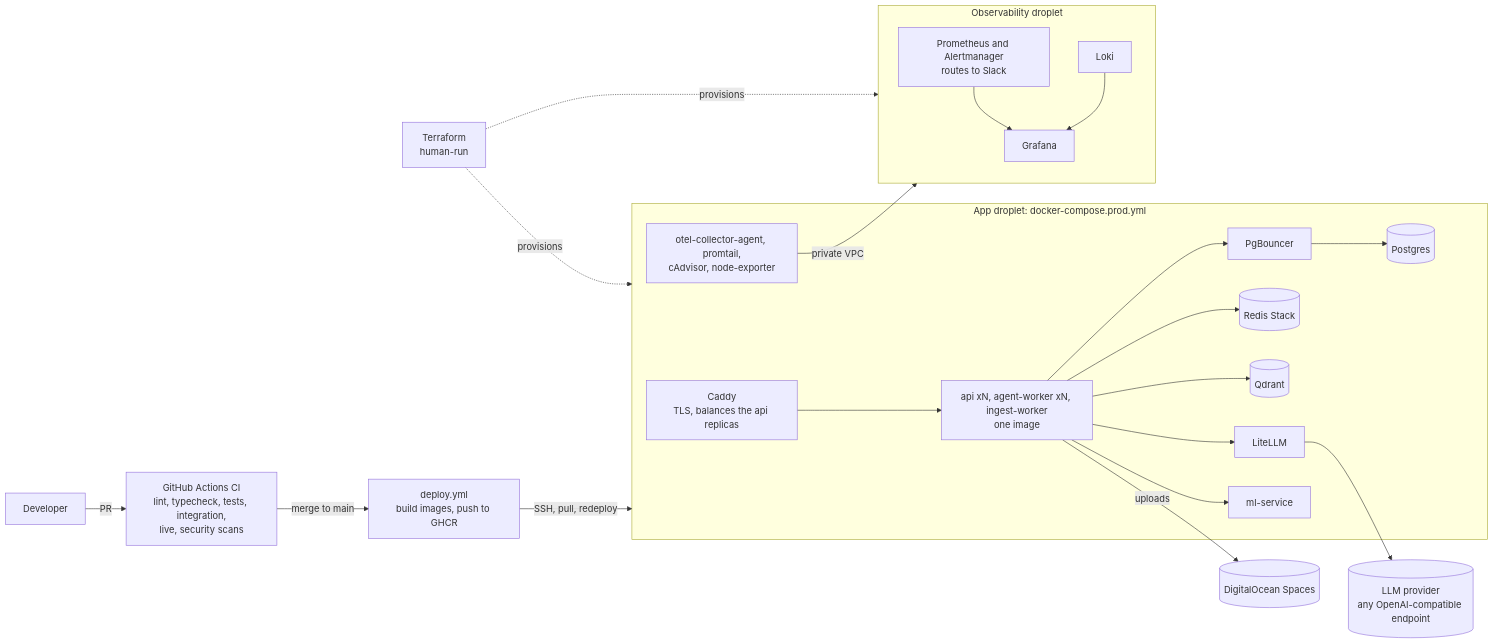
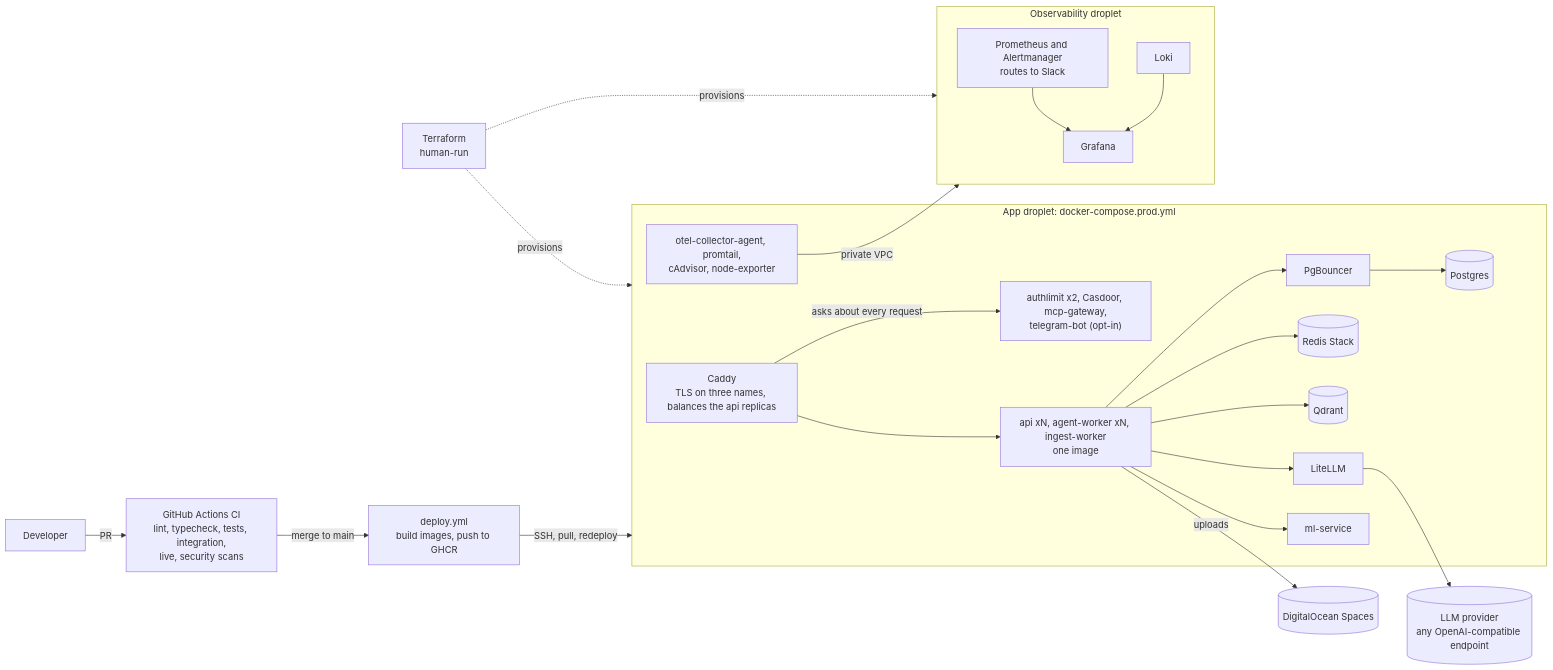
Before and after one commit to truongpx396/agent-core-demo: the sixth of 17 diagrams in ARCHITECTURE_DIAGRAMS.md, drawn with Mermaid. The commit also changed other lines of this file and 18 other files, not shown here.

````diff
--- a/ARCHITECTURE_DIAGRAMS.md
+++ b/ARCHITECTURE_DIAGRAMS.md
@@ -295,41 +296,43 @@
 ```mermaid
 flowchart LR
     dev["Developer"] -->|"PR"| ci["GitHub Actions CI<br/>lint, typecheck, tests, integration,<br/>live, security scans"]
     ci -->|"merge to main"| deploy["deploy.yml<br/>build images, push to GHCR"]
     tf["Terraform<br/>human-run"] -.->|"provisions"| appdrop_sg
     tf -.->|"provisions"| obsdrop_sg
     deploy -->|"SSH, pull, redeploy"| appdrop_sg
 
     subgraph appdrop_sg["App droplet: docker-compose.prod.yml"]
-        caddy["Caddy<br/>TLS, balances the api replicas"]
+        caddy["Caddy<br/>TLS on three names, balances the api replicas"]
+        door["authlimit x2, Casdoor, mcp-gateway,<br/>telegram-bot (opt-in)"]
         procs["api xN, agent-worker xN, ingest-worker<br/>one image"]
         pgb["PgBouncer"]
         pg[("Postgres")]
         rd[("Redis Stack")]
         qd[("Qdrant")]
         lite["LiteLLM"]
         ml["ml-service"]
         side["otel-collector-agent, promtail,<br/>cAdvisor, node-exporter"]
     end
 
     subgraph obsdrop_sg["Observability droplet"]
         prom["Prometheus and Alertmanager<br/>routes to Slack"]
         loki["Loki"]
         graf["Grafana"]
     end
 
     llm[("LLM provider<br/>any OpenAI-compatible endpoint")]
     spaces[("DigitalOcean Spaces")]
 
+    caddy -->|"asks about every request"| door
     caddy --> procs
     procs --> pgb --> pg
     procs --> rd
     procs --> qd
     procs --> lite
     procs --> ml
     procs -->|"uploads"| spaces
     lite --> llm
     side -->|"private VPC"| obsdrop_sg
     prom --> graf
     loki --> graf
 ```
````
